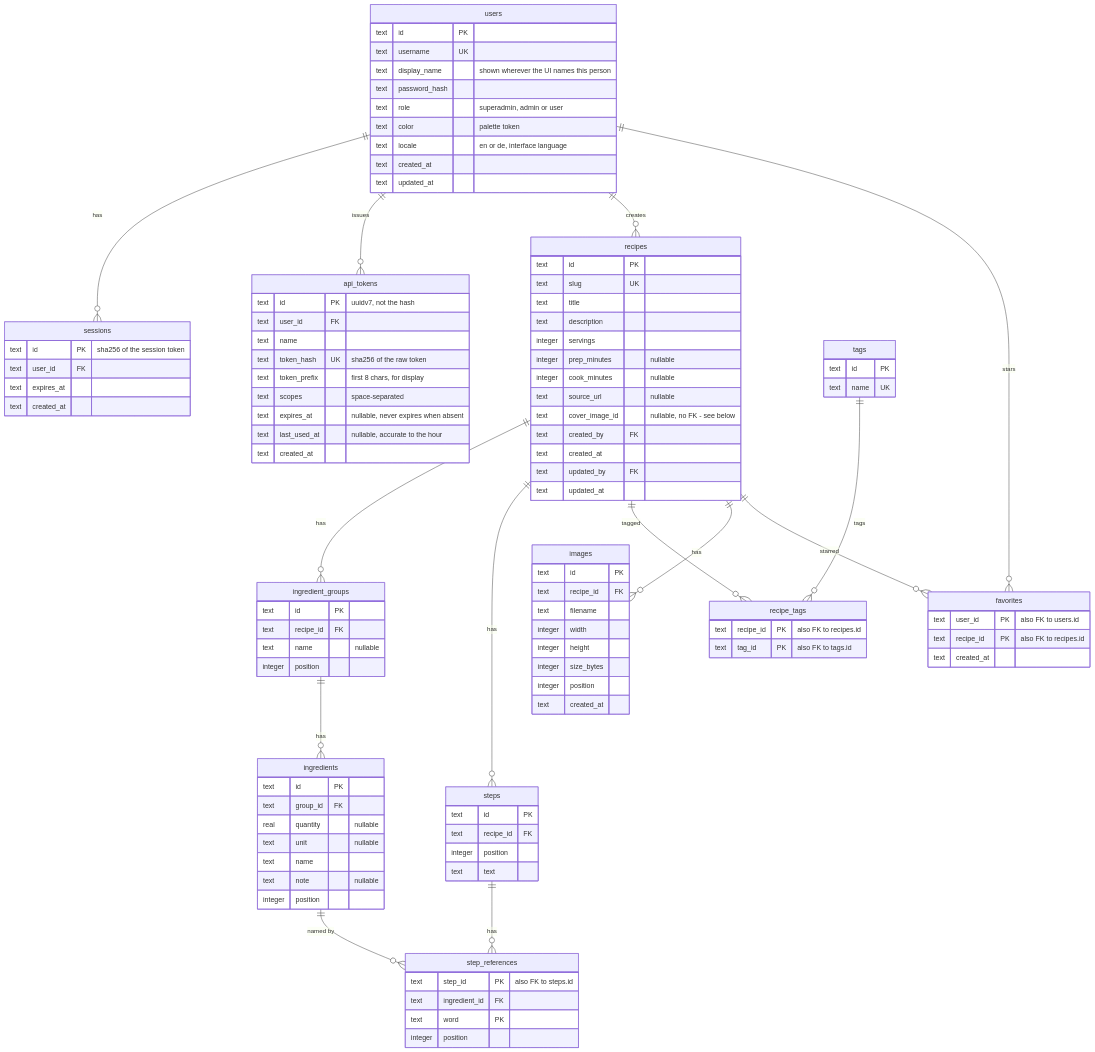
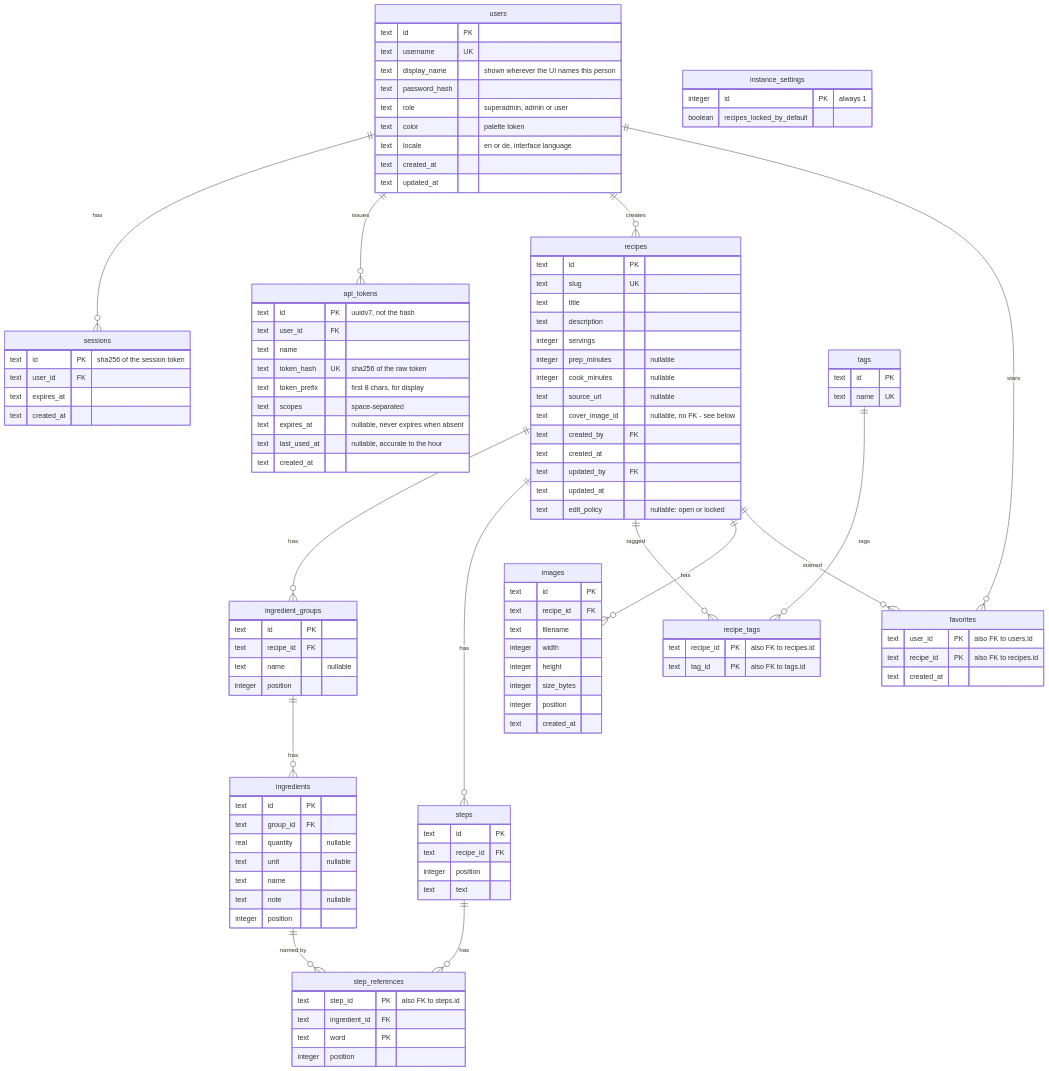
Before and after one commit to s-frei/rezepte: the diagram in docs/memory/content/architecture/data-model.mdx, drawn with Mermaid. The commit also changed other lines of this file and 6 other files, not shown here.

```diff
--- a/docs/memory/content/architecture/data-model.mdx
+++ b/docs/memory/content/architecture/data-model.mdx
@@ -60,6 +60,11 @@
     text created_at
     text updated_by FK
     text updated_at
+    text edit_policy "nullable: open or locked"
+  }
+  instance_settings {
+    integer id PK "always 1"
+    boolean recipes_locked_by_default
   }
   ingredient_groups {
     text id PK
```
